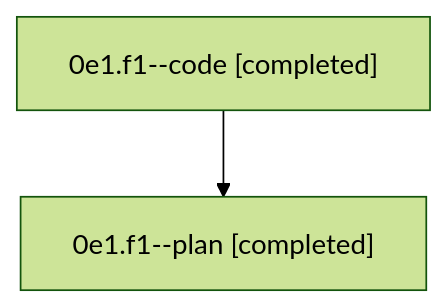
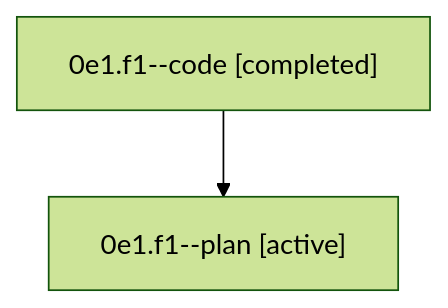
One commit to sase-org/sase--agents changed the diagram in families/bbugyi200.athena.0e1.f1.md. Above: the diagram before and after it, drawn with Mermaid (forest theme). The commit also changed other lines of this file and 35830 other files, not shown here.

````diff
--- a/families/bbugyi200.athena.0e1.f1.md
+++ b/families/bbugyi200.athena.0e1.f1.md
@@ -9,6 +9,6 @@
 ```mermaid
 flowchart TD
   n0["0e1.f1--code [completed]"]
-  n1["0e1.f1--plan [completed]"]
+  n1["0e1.f1--plan [active]"]
   n0 --> n1
 ```
````
